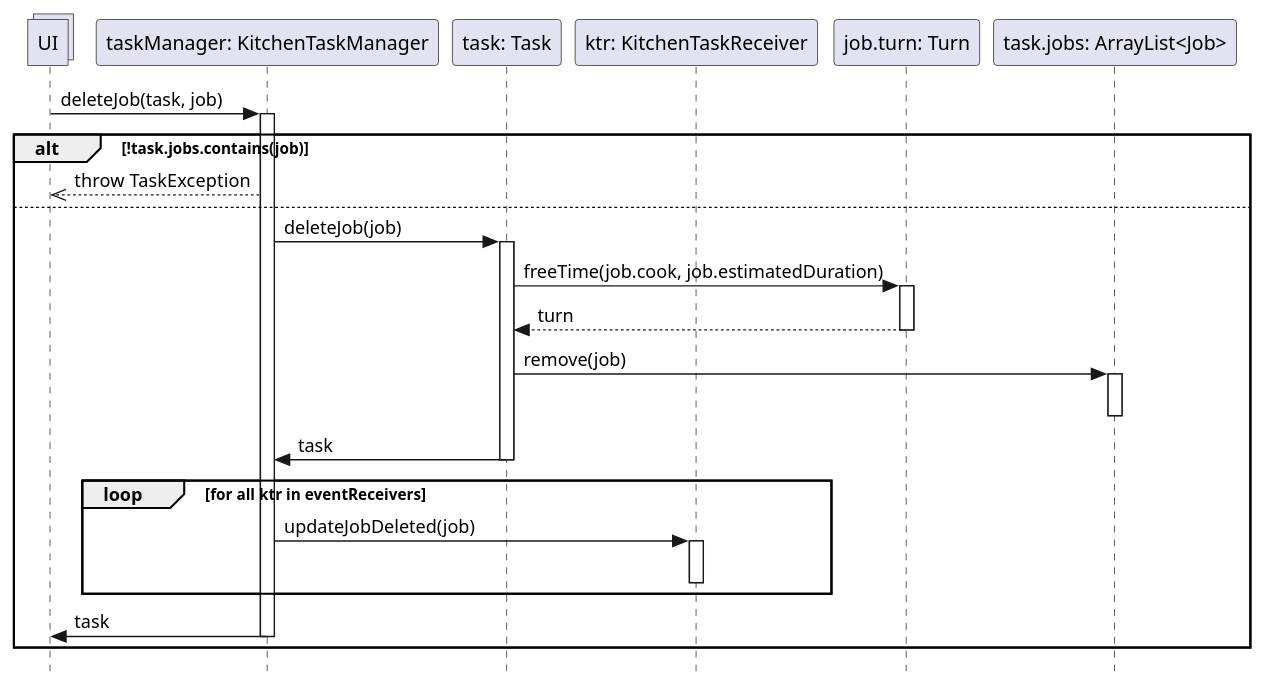
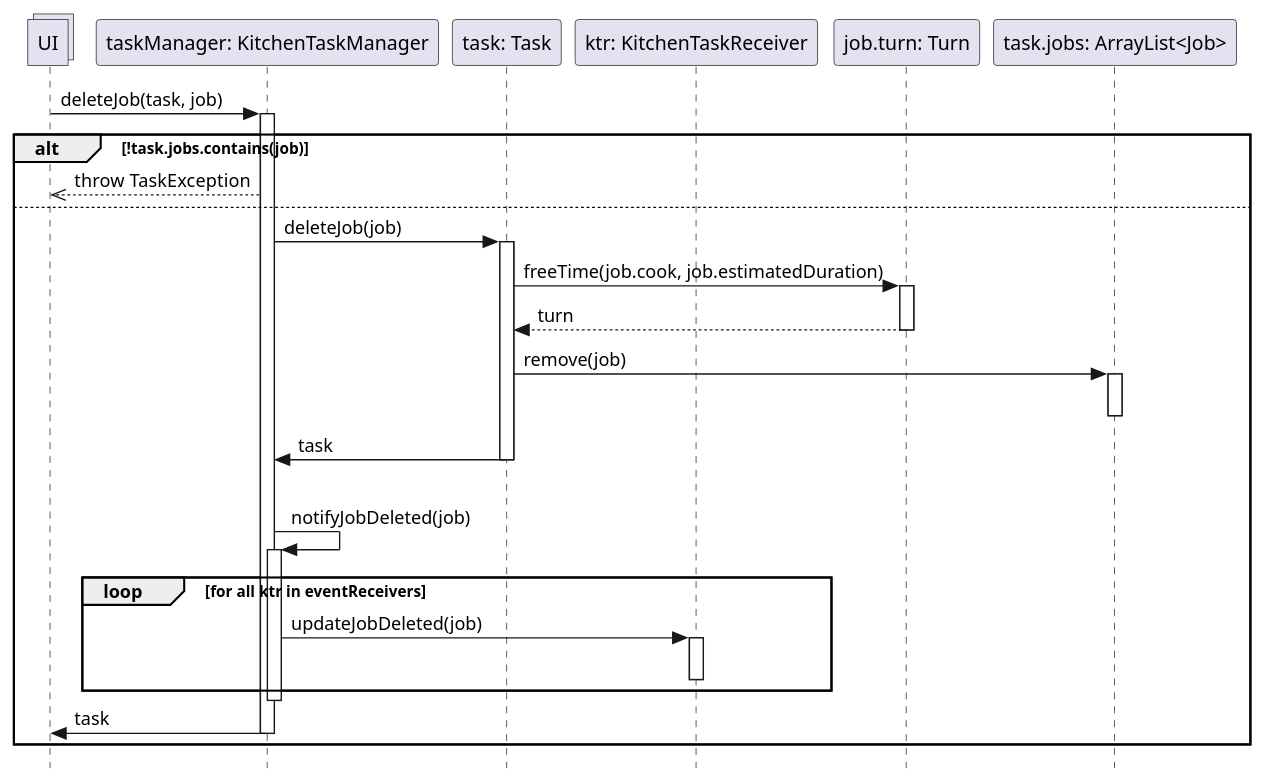
The diagram in UC Gestire Compiti Cucina/Progettazione/DSD Operazione 6a.puml (stefa168/sas-project), drawn with PlantUML before and after one commit. The commit also changed 6 other files, not shown here.

```diff
--- a/UC Gestire Compiti Cucina/Progettazione/DSD Operazione 6a.puml
+++ b/UC Gestire Compiti Cucina/Progettazione/DSD Operazione 6a.puml
@@ -1,46 +1,50 @@
 @startuml Operazione 6a
 skinparam Style strictuml
 
 collections UI
 
 'commento di prova per vedere se riesco a pushare sul nuovo pc
 
 participant "taskManager: KitchenTaskManager" as tm
 participant "task: Task" as task
 participant "ktr: KitchenTaskReceiver" as ktr
 participant "job.turn: Turn" as t
 participant "task.jobs: ArrayList<Job>" as jl
 
 UI -> tm: deleteJob(task, job)
 activate tm
 
 alt !task.jobs.contains(job)
     UI <<-- tm: throw TaskException
 else
     tm -> task: deleteJob(job)
     activate task
     task -> t: freeTime(job.cook, job.estimatedDuration)
     activate t
     return turn
 
     task -> jl: remove(job)
     activate jl
     deactivate jl
 
     tm <- task: task
     deactivate task
 
+    |||
+    tm -> tm: notifyJobDeleted(job)
+    activate tm
     loop for all ktr in eventReceivers
         tm -> ktr : updateJobDeleted(job)
         activate ktr
         deactivate ktr
     end
+    deactivate tm
 
     UI <- tm: task
     deactivate tm
 
 end
 
 deactivate tm
 
 @enduml
```
